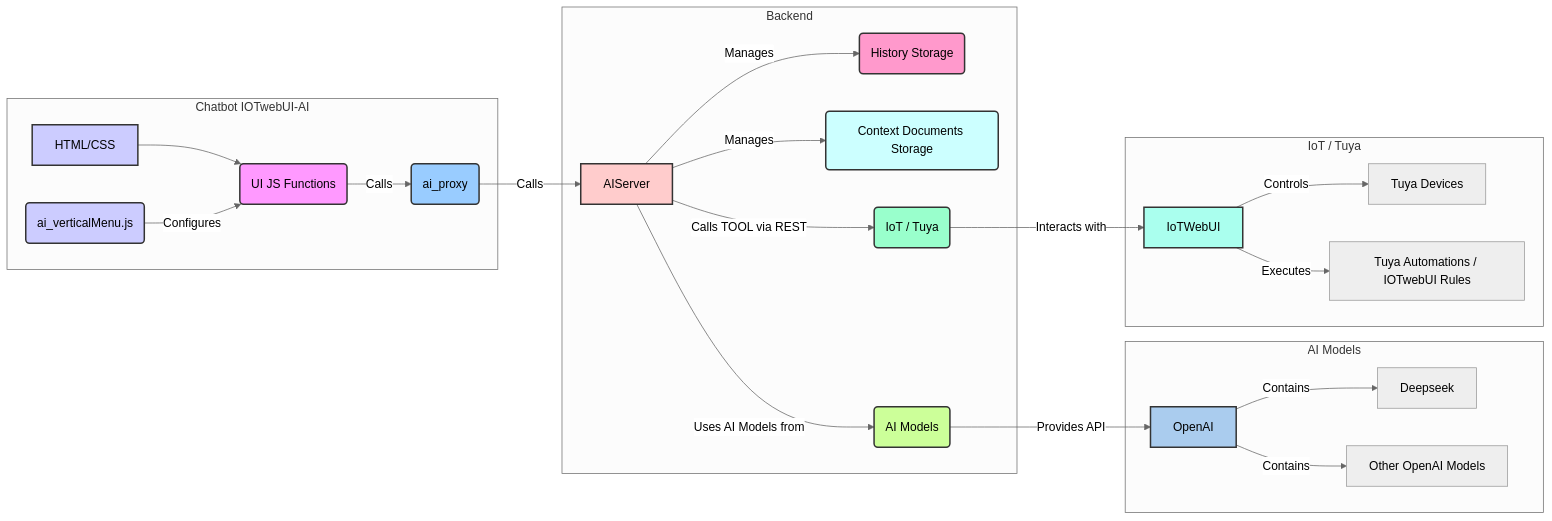
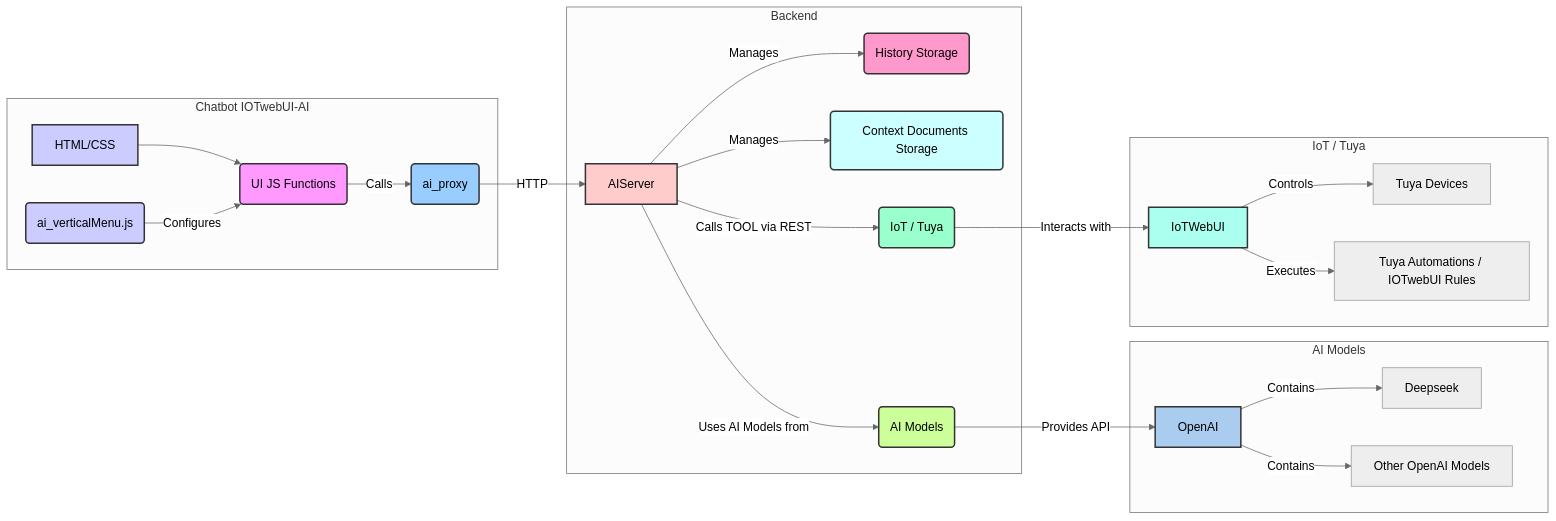
The diagram in IOTwebUI-AI/README.md (msillano/IoTwebUI), drawn with Mermaid before and after one commit.

````diff
--- a/IOTwebUI-AI/README.md
+++ b/IOTwebUI-AI/README.md
@@ -9,40 +9,40 @@
 ```mermaid
 %%{init: {'theme': 'neutral'}}%%
 graph LR
     subgraph Chatbot IOTwebUI-AI
         style UI fill:#ccf,stroke:#333,stroke-width:2px
         style UI_JS fill:#f9f,stroke:#333,stroke-width:2px
         style UI_Menu fill:#ccf,stroke:#333,stroke-width:2px
         UI[HTML/CSS] --> UI_JS(UI JS Functions);
         UI_Menu(ai_verticalMenu.js) -- Configures --> UI_JS;
         UI_JS -- Calls --> Proxy(ai_proxy);
     end
 
     subgraph Backend
         style Proxy fill:#9cf,stroke:#333,stroke-width:2px
         style AIServer fill:#fcc,stroke:#333,stroke-width:2px
         style HistoryDB fill:#f9c,stroke:#333,stroke-width:2px
         style ContextFiles fill:#cff,stroke:#333,stroke-width:2px
-        Proxy -- Calls --> AIServer;
+        Proxy -- HTTP --> AIServer;
         AIServer -- Uses AI Models from --> AIModels(AI Models);
         AIServer -- Manages --> HistoryDB(History Storage);
         AIServer -- Manages --> ContextFiles(Context Documents Storage);
         AIServer -- Calls TOOL via REST --> IoT(IoT / Tuya);
     end
 
     subgraph AI Models
         style AIModels fill:#cf9,stroke:#333,stroke-width:2px
         style OpenAI fill:#ace,stroke:#333,stroke-width:2px
         AIModels -- Provides API --> OpenAI;
         OpenAI -- Contains --> Deepseek;
         OpenAI -- Contains --> GPTModels[Other OpenAI Models];
      end
 
     subgraph IoT / Tuya
         style IoT fill:#9fc,stroke:#333,stroke-width:2px
         style IoTWebUI fill:#afe,stroke:#333,stroke-width:2px
         IoT -- Interacts with --> IoTWebUI;
         IoTWebUI -- Controls --> TuyaDevices[Tuya Devices];
         IoTWebUI -- Executes --> TuyaAutomations[Tuya Automations / IOTwebUI Rules];
     end
 ```
````
